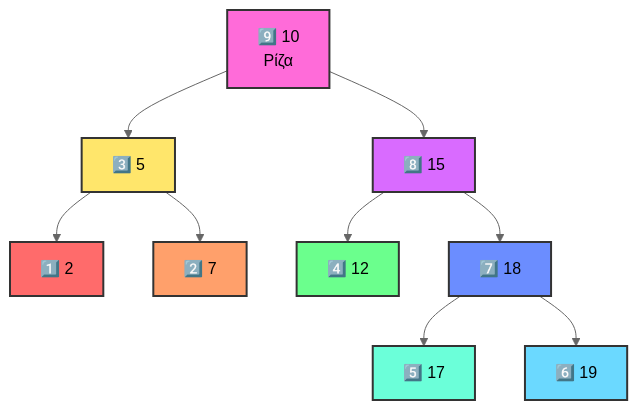
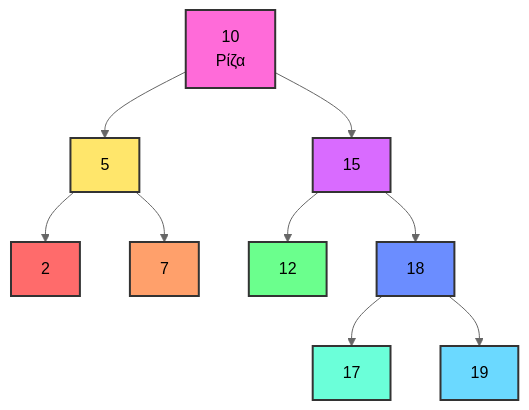
Before and after one commit to PanagopoulosNikolaos/DitOpenNotes: the fourth of 43 diagrams in Year_2/Semester_3/DSA_DATA_STRUCTURES_ALGORITHMS/Lectures/Binary_Trees.md, drawn with Mermaid (neutral theme). The commit also changed other lines of this file and 24 other files, not shown here.

````diff
--- a/Year_2/Semester_3/DSA_DATA_STRUCTURES_ALGORITHMS/Lectures/Binary_Trees.md
+++ b/Year_2/Semester_3/DSA_DATA_STRUCTURES_ALGORITHMS/Lectures/Binary_Trees.md
@@ -133,21 +133,21 @@
 ```mermaid
 graph TD
-    A["9️⃣ 10<br/>Ρίζα"] --> B["3️⃣ 5"]
-    A --> C["8️⃣ 15"]
-    B --> D["1️⃣ 2"]
-    B --> E["2️⃣ 7"]
-    C --> F["4️⃣ 12"]
-    C --> G["7️⃣ 18"]
-    G --> GA["5️⃣ 17"]
-    G --> GB["6️⃣ 19"]
+    A[" 10<br/>Ρίζα"] --> B[" 5"]
+    A --> C[" 15"]
+    B --> D[" 2"]
+    B --> E[" 7"]
+    C --> F[" 12"]
+    C --> G[" 18"]
+    G --> GA[" 17"]
+    G --> GB[" 19"]
     
     style D fill:#ff6b6b,stroke:#333,stroke-width:2px,color:black
     style E fill:#ffa06b,stroke:#333,stroke-width:2px,color:black
     style B fill:#ffe66b,stroke:#333,stroke-width:2px,color:black
     style F fill:#6bff8d,stroke:#333,stroke-width:2px,color:black
     style GA fill:#6bffd9,stroke:#333,stroke-width:2px,color:black
     style GB fill:#6bd9ff,stroke:#333,stroke-width:2px,color:black
     style G fill:#6b8dff,stroke:#333,stroke-width:2px,color:black
     style C fill:#d96bff,stroke:#333,stroke-width:2px,color:black
     style A fill:#ff6bd9,stroke:#333,stroke-width:2px,color:black
 ```
````
